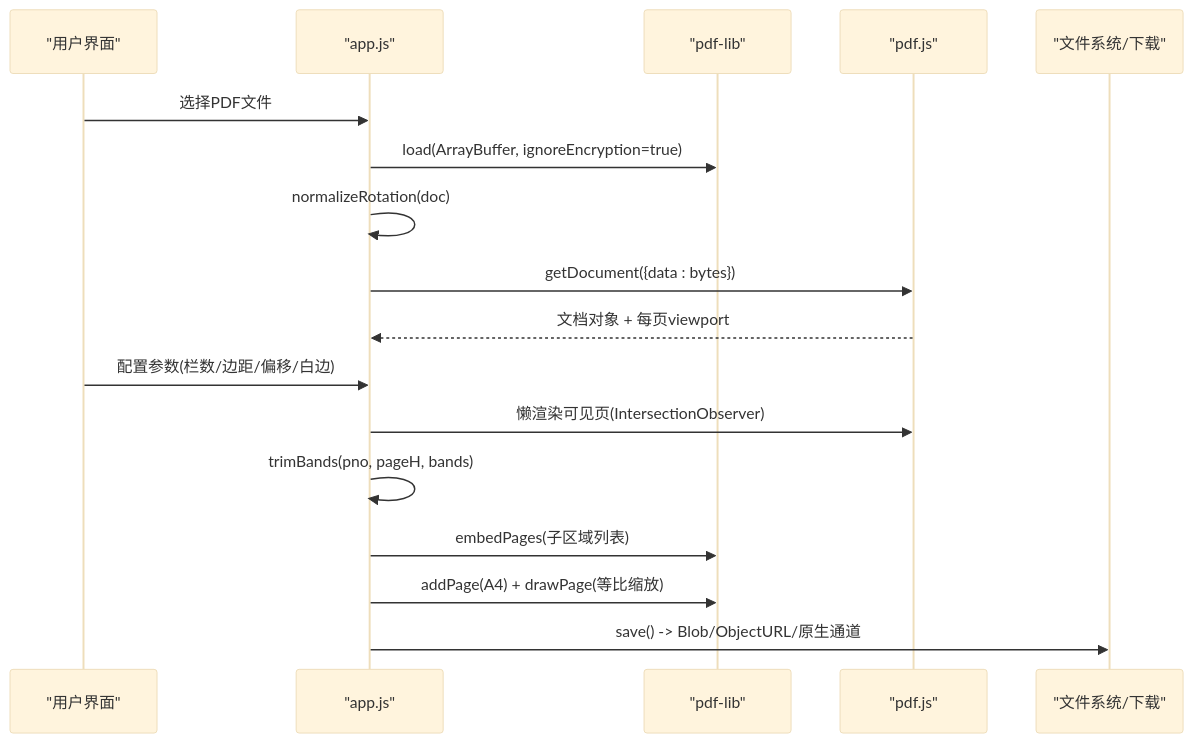
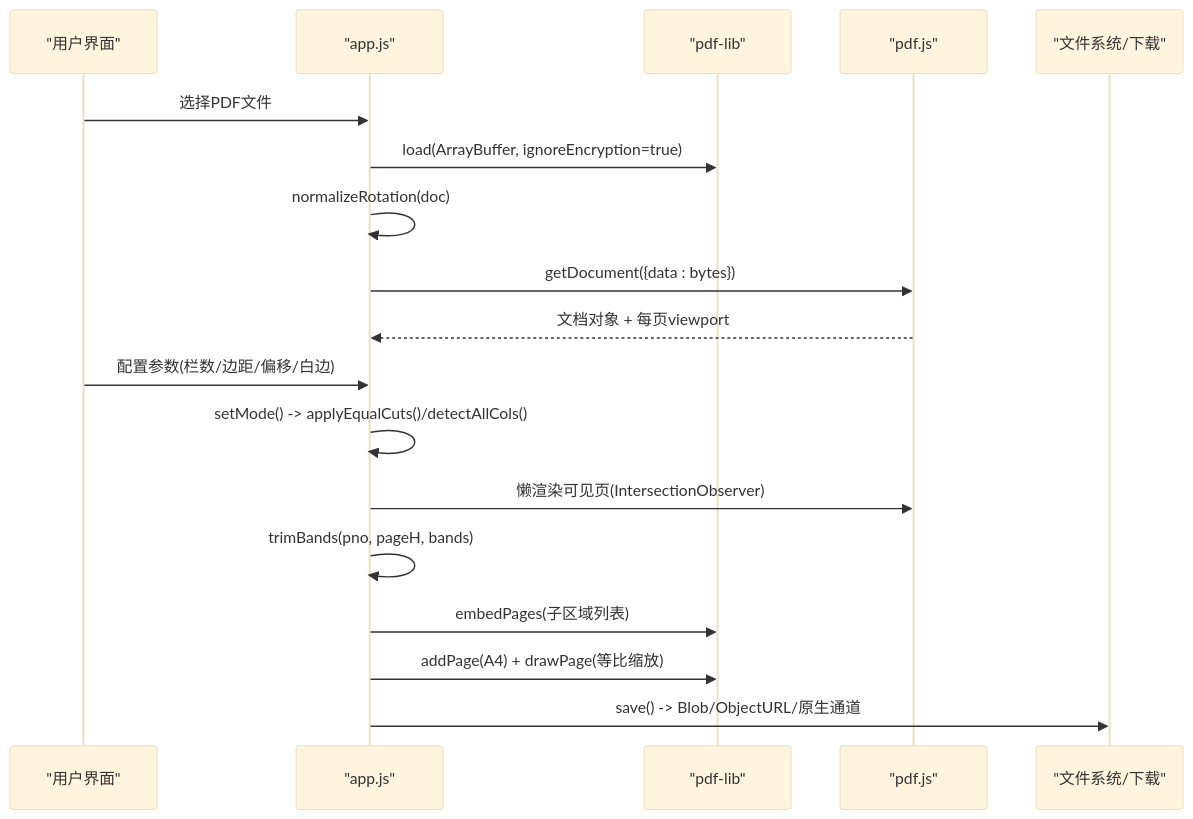
One commit to wzh8080/PDFTools changed the second of 9 diagrams in .qoder/repowiki/zh/content/Web应用架构/PDF处理引擎/PDF处理引擎.md. Above: the diagram before and after it, drawn with Mermaid (base theme). The commit also changed other lines of this file and 29 other files, not shown here.

````diff
--- a/.qoder/repowiki/zh/content/Web应用架构/PDF处理引擎/PDF处理引擎.md
+++ b/.qoder/repowiki/zh/content/Web应用架构/PDF处理引擎/PDF处理引擎.md
@@ -91,19 +103,20 @@
 ```mermaid
 sequenceDiagram
 participant UI as "用户界面"
 participant JS as "app.js"
 participant PL as "pdf-lib"
 participant PJ as "pdf.js"
 participant FS as "文件系统/下载"
 UI->>JS : 选择PDF文件
 JS->>PL : load(ArrayBuffer, ignoreEncryption=true)
 JS->>JS : normalizeRotation(doc)
 JS->>PJ : getDocument({data : bytes})
 PJ-->>JS : 文档对象 + 每页viewport
 UI->>JS : 配置参数(栏数/边距/偏移/白边)
+JS->>JS : setMode() -> applyEqualCuts()/detectAllCols()
 JS->>PJ : 懒渲染可见页(IntersectionObserver)
 JS->>JS : trimBands(pno, pageH, bands)
 JS->>PL : embedPages(子区域列表)
 JS->>PL : addPage(A4) + drawPage(等比缩放)
 JS->>FS : save() -> Blob/ObjectURL/原生通道
 ```
````
